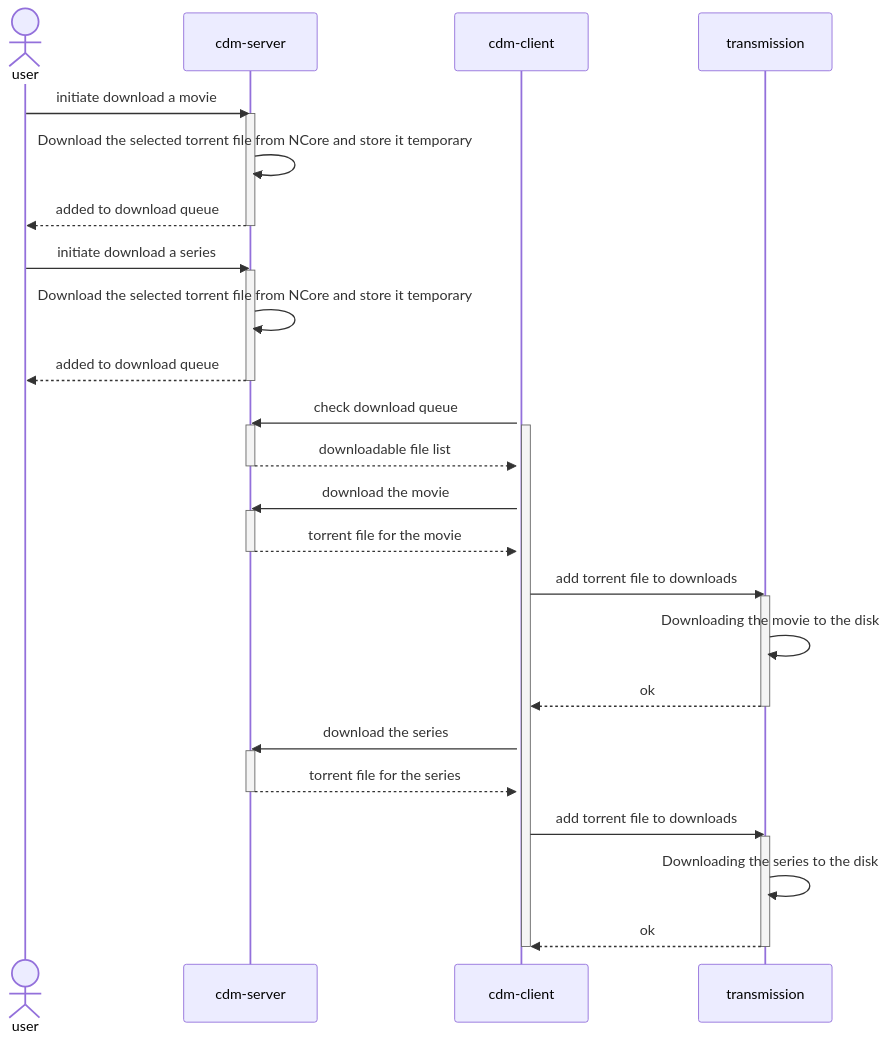
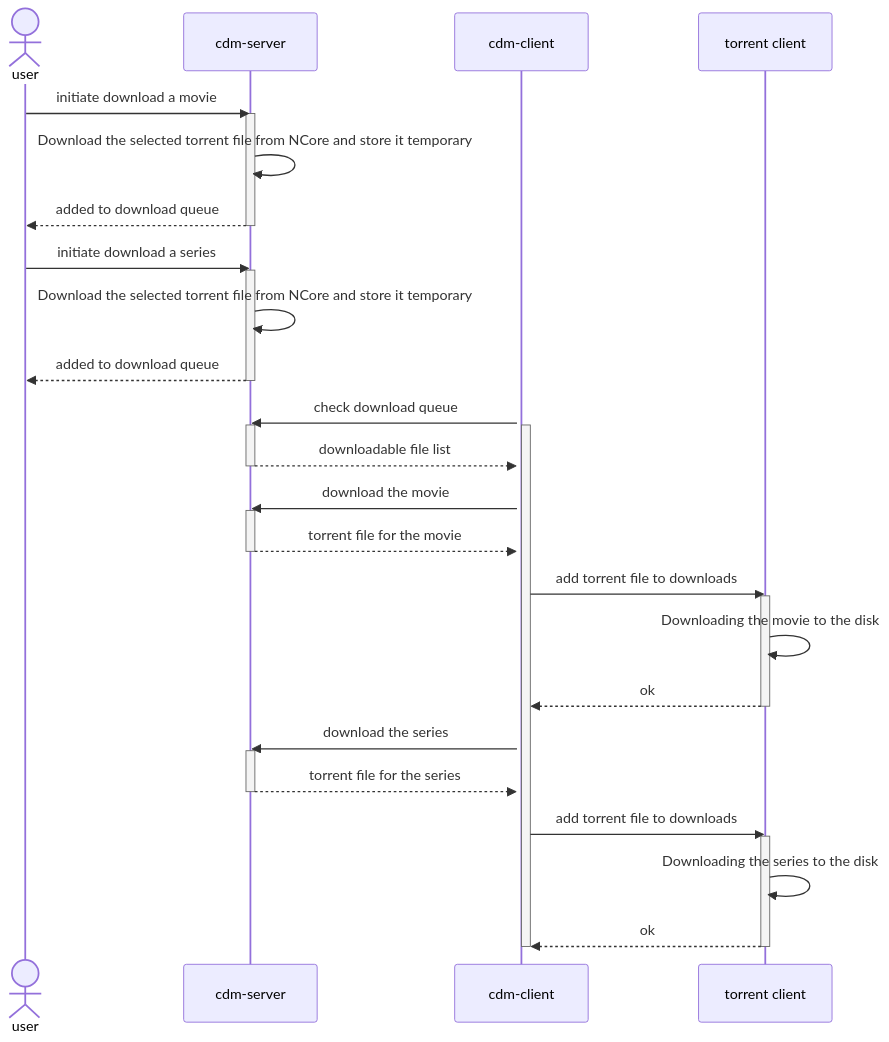
Before and after one commit to radaron/CDMServer: the fourth of 4 diagrams in README.md, drawn with Mermaid. The commit also changed other lines of this file, not shown here.

Commit message:
Update README with other supported torrent client

````diff
--- a/README.md
+++ b/README.md
@@ -67,43 +67,43 @@
 ```mermaid
 sequenceDiagram
 	actor user
 	participant cdm-server
 	participant cdm-client
-	participant transmission
+	participant torrent client
 
 	user->>cdm-server: initiate download a movie
 	activate cdm-server
 	cdm-server->>cdm-server: Download the selected torrent file from NCore and store it temporary
 	cdm-server-->>user: added to download queue
 	deactivate cdm-server
 	user->>cdm-server: initiate download a series
 	activate cdm-client
 	activate cdm-server
 	cdm-server->>cdm-server: Download the selected torrent file from NCore and store it temporary
 	cdm-server-->>user: added to download queue
 	deactivate cdm-server
 	cdm-client->>cdm-server: check download queue
 	activate cdm-client
 	activate cdm-server
 	cdm-server-->>cdm-client: downloadable file list
 	deactivate cdm-server
 	cdm-client->>cdm-server: download the movie
 	activate cdm-server
 	cdm-server-->>cdm-client: torrent file for the movie
 	deactivate cdm-server
-	cdm-client->>transmission: add torrent file to downloads
-	activate transmission
-	transmission->>transmission: Downloading the movie to the disk
-	transmission-->>cdm-client: ok
-	deactivate transmission
+	cdm-client->>torrent client: add torrent file to downloads
+	activate torrent client
+	torrent client->>torrent client: Downloading the movie to the disk
+	torrent client-->>cdm-client: ok
+	deactivate torrent client
 	cdm-client->>cdm-server: download the series
 	activate cdm-server
 	cdm-server-->>cdm-client: torrent file for the series
 	deactivate cdm-server
-	cdm-client->>transmission: add torrent file to downloads
-	activate transmission
-	transmission->>transmission: Downloading the series to the disk
-	transmission-->>cdm-client: ok
-	deactivate transmission
+	cdm-client->>torrent client: add torrent file to downloads
+	activate torrent client
+	torrent client->>torrent client: Downloading the series to the disk
+	torrent client-->>cdm-client: ok
+	deactivate torrent client
 	deactivate cdm-client
 ```
````
